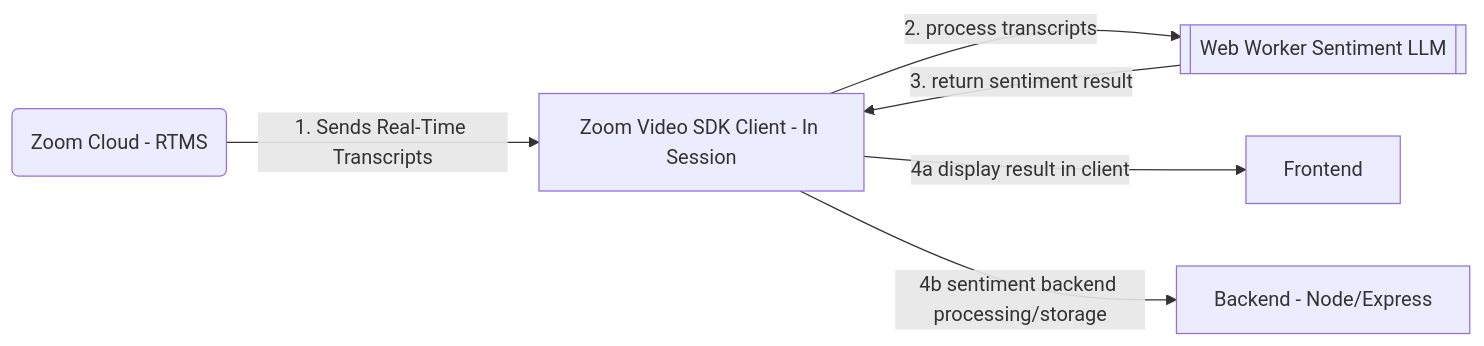
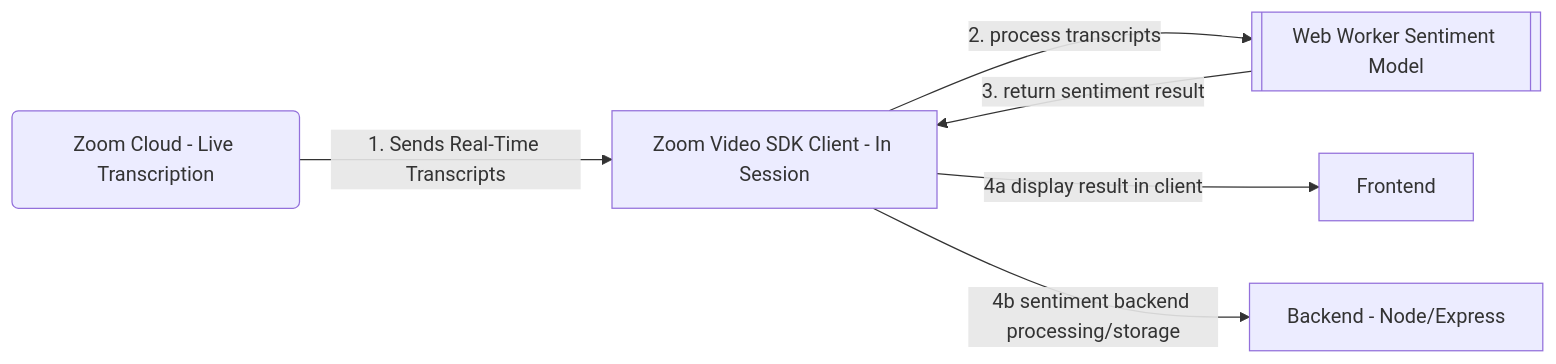
Before and after one commit to zoom/blueprints: the second of 2 diagrams in blueprints/transcript-sentiment-analysis/index.md, drawn with Mermaid. The commit also changed other lines of this file, not shown here.

First line of the commit message:
transcript-sentiment-analysis: match the two samples and add run steps

````diff
--- a/blueprints/transcript-sentiment-analysis/index.md
+++ b/blueprints/transcript-sentiment-analysis/index.md
@@ -80,14 +86,14 @@
 ```mermaid
 graph LR
-    A[Zoom Video SDK Client - In Session]  
+    A[Zoom Video SDK Client - In Session]
     B[Backend - Node/Express]
-    C@{shape: subproc, label: "Web Worker Sentiment LLM"}
-    D@{ shape: rounded, label: "Zoom Cloud - RTMS" }
+    C@{shape: subproc, label: "Web Worker Sentiment Model"}
+    D@{ shape: rounded, label: "Zoom Cloud - Live Transcription" }
     E[Frontend]
 
-    D -- 1. Sends Real-Time Transcripts --> A  
+    D -- 1. Sends Real-Time Transcripts --> A
     A -- 2. process transcripts --> C
     C -- 3. return sentiment result --> A
     A -- 4a display result in client --> E
     A -- 4b sentiment backend processing/storage --> B
 ```
````
